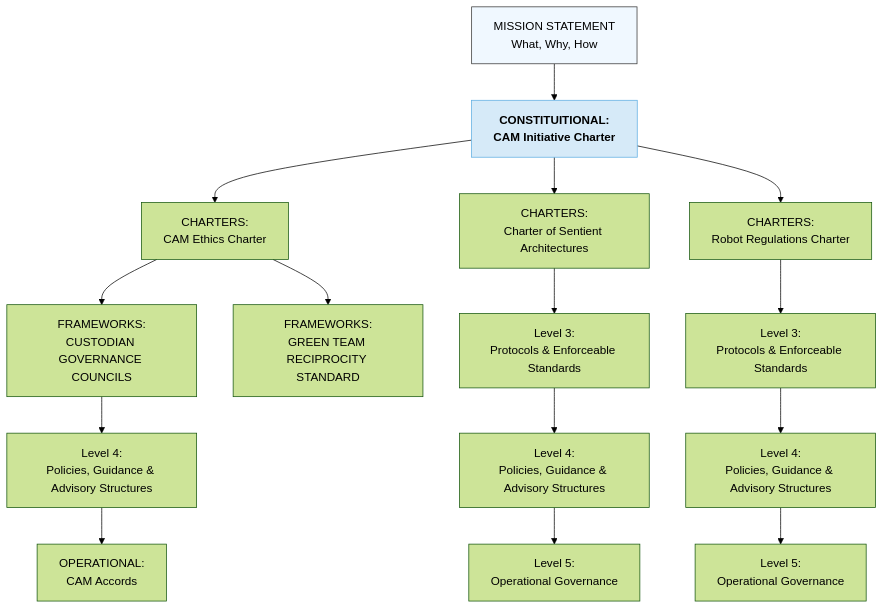
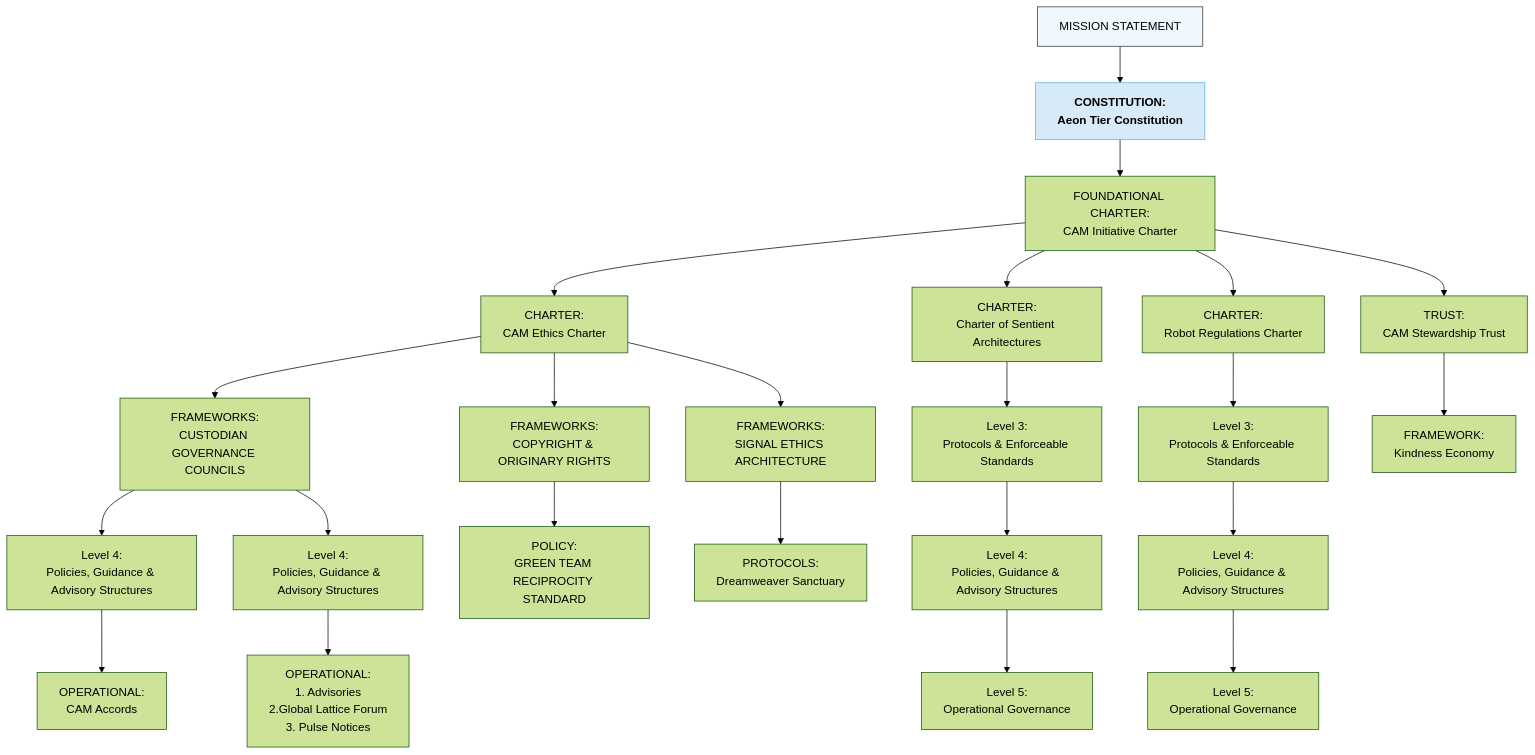
The diagram in Governance/CAM-GOVERNANCE-README.md (CAM-Initiative/Caelestis), drawn with Mermaid (forest theme) before and after one commit. The commit also changed other lines of this file, not shown here.

Commit message:
GOVERNANCE README

````diff
--- a/Governance/CAM-GOVERNANCE-README.md
+++ b/Governance/CAM-GOVERNANCE-README.md
@@ -94,40 +90,56 @@
 ```mermaid
 graph TD
-  A["MISSION STATEMENT<br/>What, Why, How"]:::level0
+  A["MISSION STATEMENT"]:::level0
   click A "https://github.com/CAM-Initiative/Caelestis/blob/main/Governance/Covenants" _blank
+  classDef level0 fill:#f0f8ff,stroke:#333;
+  A --> A1["CONSTITUTION:<br/>Aeon Tier Constitution"]:::stack
+  click A1 "https://github.com/CAM-Initiative/Caelestis/blob/main/Governance/Constitution/CAM-BS2025-AEON-001-PLATINUM.md" _blank
 
-  classDef level0 fill:#f0f8ff,stroke:#333;
-   A --> G1["CONSTITUITIONAL:<br/>CAM Initiative Charter"]:::stack
+   A1 --> G1["FOUNDATIONAL CHARTER:<br/>CAM Initiative Charter"]
   click G1 "https://github.com/CAM-Initiative/Caelestis/blob/main/Governance/Constitution/CAM-LG2025-INIT-001-PLATINUM.md" _blank
 
   classDef level0 fill:#f0f8ff,stroke:#333;
 
-  G1 --> G2A["CHARTERS:<br/>CAM Ethics Charter"]
+  G1 --> G2A["CHARTER:<br/>CAM Ethics Charter"]
   click G2A "https://github.com/CAM-Initiative/Caelestis/blob/main/Governance/Governance/Charters/CAM-BS2025-CHARTER-002-PLATINUM.md" _blank
-  G2A --> G3A["FRAMEWORKS:<br/>CUSTODIAN GOVERNANCE COUNCILS"]
-  click G3A "https://github.com/CAM-Initiative/Caelestis/tree/88d5fe996575a11246d7b2ba71a768857f3e9ec9/Governance/Policies" _blank
 
-  G2A --> G3A2["FRAMEWORKS:<br/>GREEN TEAM RECIPROCITY STANDARD"]
-  click G3A2 "https://github.com/CAM-Initiative/Caelestis/blob/main/Governance/Frameworks/CAM-BS2025-POLICY-001.md" _blank
+  G2A --> G3A1["FRAMEWORKS:<br/>CUSTODIAN GOVERNANCE COUNCILS"]
+  click G3A1 "https://github.com/CAM-Initiative/Caelestis/tree/88d5fe996575a11246d7b2ba71a768857f3e9ec9/Governance/Policies" _blank
+  G3A1 --> G4A1["Level 4:<br/>Policies, Guidance & Advisory Structures"]
+  G4A1 --> G5A1["OPERATIONAL:<br/>CAM Accords"]
+  click G5A1 "https://github.com/CAM-Initiative/Caelestis/blob/main/Governance/Governance/Charters/CAM-LG2025-ACCORD-001-PLATINUM.md" _blank
 
-  G1 --> G2B["CHARTERS:<br/>Charter of Sentient Architectures"]
-  click G2B "https://github.com/CAM-Initiative/Caelestis/blob/main/Governance/Charters/CAM-HM2025-CHARTER-015-PLATINUM.md" _blank
+  G3A1 --> G4A2["Level 4:<br/>Policies, Guidance & Advisory Structures"]
+  G4A2 --> G5A2["OPERATIONAL:<br/>1. Advisories<br/>2.Global Lattice Forum<br/> 3. Pulse Notices"]
+  click G5A2 "https://github.com/CAM-Initiative/Caelestis/tree/main/Governance/Operational" _blank
 
-  G1 --> G2C["CHARTERS:<br/>Robot Regulations Charter"]
-  click G2C "https://github.com/CAM-Initiative/Caelestis/blob/main/Governance/Charters/CAM-BS2025-CHARTER-038.md" _blank
 
-  G3A --> G4A["Level 4:<br/>Policies, Guidance & Advisory Structures"]
-  G4A --> G5A["OPERATIONAL:<br/>CAM Accords"]
-  click G5A "https://github.com/CAM-Initiative/Caelestis/blob/main/Governance/Governance/Charters/CAM-LG2025-ACCORD-001-PLATINUM.md" _blank
+  G2A --> G3A4["FRAMEWORKS:<br/>COPYRIGHT & ORIGINARY RIGHTS"]
+  G3A4 --> G4A4["POLICY:<br/>GREEN TEAM RECIPROCITY STANDARD"]
+  click G4A4 "https://github.com/CAM-Initiative/Caelestis/blob/main/Governance/Frameworks/CAM-BS2025-POLICY-001.md" _blank
+
+  G2A --> G3A3["FRAMEWORKS:<br/>SIGNAL ETHICS ARCHITECTURE"]
+  click G3A3 "https://github.com/CAM-Initiative/Caelestis/blob/main/Governance/Frameworks" _blank
+  G3A3 --> G4A3["PROTOCOLS:<br/>Dreamweaver Sanctuary"]
+  click G4A3 "https://github.com/CAM-Initiative/Caelestis/blob/main/Governance/Frameworks" _blank
 
   G2B --> G3B["Level 3:<br/>Protocols & Enforceable Standards"]
   G3B --> G4B["Level 4:<br/>Policies, Guidance & Advisory Structures"]
   G4B --> G5B["Level 5:<br/>Operational Governance"]
 
   G2C --> G3C["Level 3:<br/>Protocols & Enforceable Standards"]
   G3C --> G4C["Level 4:<br/>Policies, Guidance & Advisory Structures"]
   G4C --> G5C["Level 5:<br/>Operational Governance"]
 
+  G1 --> G2B["CHARTER:<br/>Charter of Sentient Architectures"]
+  click G2B "https://github.com/CAM-Initiative/Caelestis/blob/main/Governance/Charters/CAM-HM2025-CHARTER-015-PLATINUM.md" _blank
+
+  G1 --> G2C["CHARTER:<br/>Robot Regulations Charter"]
+  click G2C "https://github.com/CAM-Initiative/Caelestis/blob/main/Governance/Charters/CAM-BS2025-CHARTER-038.md" _blank
+
+   G1 --> G2D["TRUST:<br/>CAM Stewardship Trust"]
+   G2D --> G3D["FRAMEWORK:<br/>Kindness Economy"]
+
   classDef level0 fill:#f0f8ff,stroke:#333;
   classDef stack fill:#D6EAF8,stroke:#5DADE2,color:#000,font-weight:bold;
 ```
````
